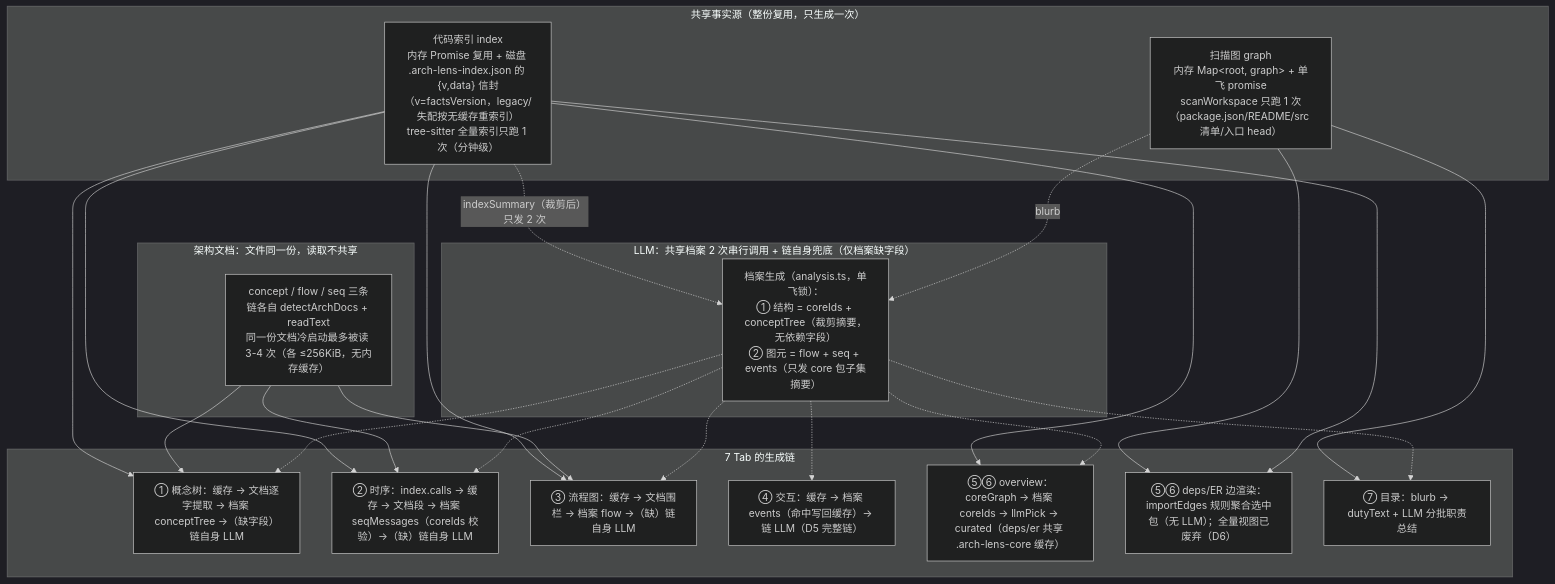
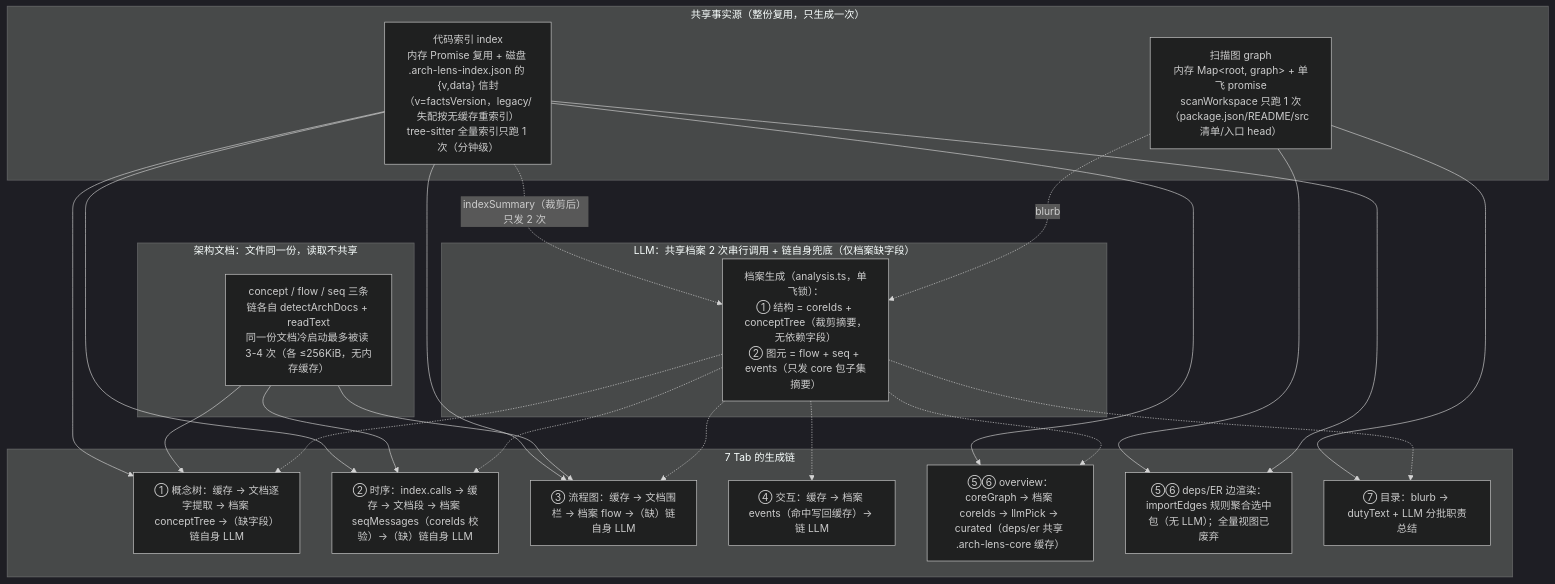
The tenth of 13 diagrams in docs/arch-lens-diagrams.md (gwj001/arch-lens), drawn with Mermaid (dark theme) before and after one commit. The commit also changed other lines of this file and 1 other file, not shown here.

Commit message:
docs: 两份机制文档改为纯现状叙事——删除全部重构阶段编号(D1-D8/阶段0-5)与今昔对比：机制10/图13/验证表只留现值(冷启动2次/7,373字符/有文档0次)，§十二整节移除(重复于机制4/5/10，独有事实『缺省角度=event』并入附件表)，已删UI备注/『历史上…』『旧版…』『与旧行为一致』等对比措辞清零；废弃面(仅存wire)作为现状事实保留表述。节点ID D1/D2/D3非阶段号不动

````diff
--- a/docs/arch-lens-diagrams.md
+++ b/docs/arch-lens-diagrams.md
@@ -444,40 +442,40 @@
 ```mermaid
 flowchart TB
     subgraph SHARED["共享事实源（整份复用，只生成一次）"]
         G["扫描图 graph<br/>内存 Map&lt;root, graph&gt; + 单飞 promise<br/>scanWorkspace 只跑 1 次（package.json/README/src 清单/入口 head）"]
         I["代码索引 index<br/>内存 Promise 复用 + 磁盘 .arch-lens-index.json 的 {v,data} 信封（v=factsVersion，legacy/失配按无缓存重索引）<br/>tree-sitter 全量索引只跑 1 次（分钟级）"]
     end
     subgraph DOCREAD["架构文档：文件同一份，读取不共享"]
         D["concept / flow / seq 三条链各自 detectArchDocs + readText<br/>同一份文档冷启动最多被读 3-4 次（各 ≤256KiB，无内存缓存）"]
     end
     subgraph CHAINS["7 Tab 的生成链"]
         T1["① 概念树：缓存 → 文档逐字提取 → 档案 conceptTree →（缺字段）链自身 LLM"]
         T2["② 时序：index.calls → 缓存 → 文档段 → 档案 seqMessages（coreIds 校验）→（缺）链自身 LLM"]
         T3["③ 流程图：缓存 → 文档围栏 → 档案 flow →（缺）链自身 LLM"]
-        T4["④ 交互：缓存 → 档案 events（命中写回缓存）→ 链 LLM（D5 完整链）"]
+        T4["④ 交互：缓存 → 档案 events（命中写回缓存）→ 链 LLM"]
         T5["⑤⑥ overview：coreGraph → 档案 coreIds → llmPick → curated（deps/er 共享 .arch-lens-core 缓存）"]
-        T6["⑤⑥ deps/ER 边渲染：importEdges 规则聚合选中包（无 LLM）；全量视图已废弃（D6）"]
+        T6["⑤⑥ deps/ER 边渲染：importEdges 规则聚合选中包（无 LLM）；全量视图已废弃"]
         T7["⑦ 目录：blurb → dutyText + LLM 分批职责总结"]
     end
     subgraph LLMCTX["LLM：共享档案 2 次串行调用 + 链自身兜底（仅档案缺字段）"]
         LL["档案生成（analysis.ts，单飞锁）：<br/>① 结构 = coreIds + conceptTree（裁剪摘要，无依赖字段）<br/>② 图元 = flow + seq + events（只发 core 包子集摘要）"]
     end
     G --> T6
     G --> T7
     I --> T1
     I --> T2
     I --> T3
     I --> T5
     I --> T6
     D --> T1
     D --> T2
     D --> T3
     I -.->|"indexSummary（裁剪后）只发 2 次"| LL
     G -.->|"blurb"| LL
     LL -.-> T1
     LL -.-> T2
     LL -.-> T3
     LL -.-> T4
     LL -.-> T5
     LL -.-> T7
 ```
````
